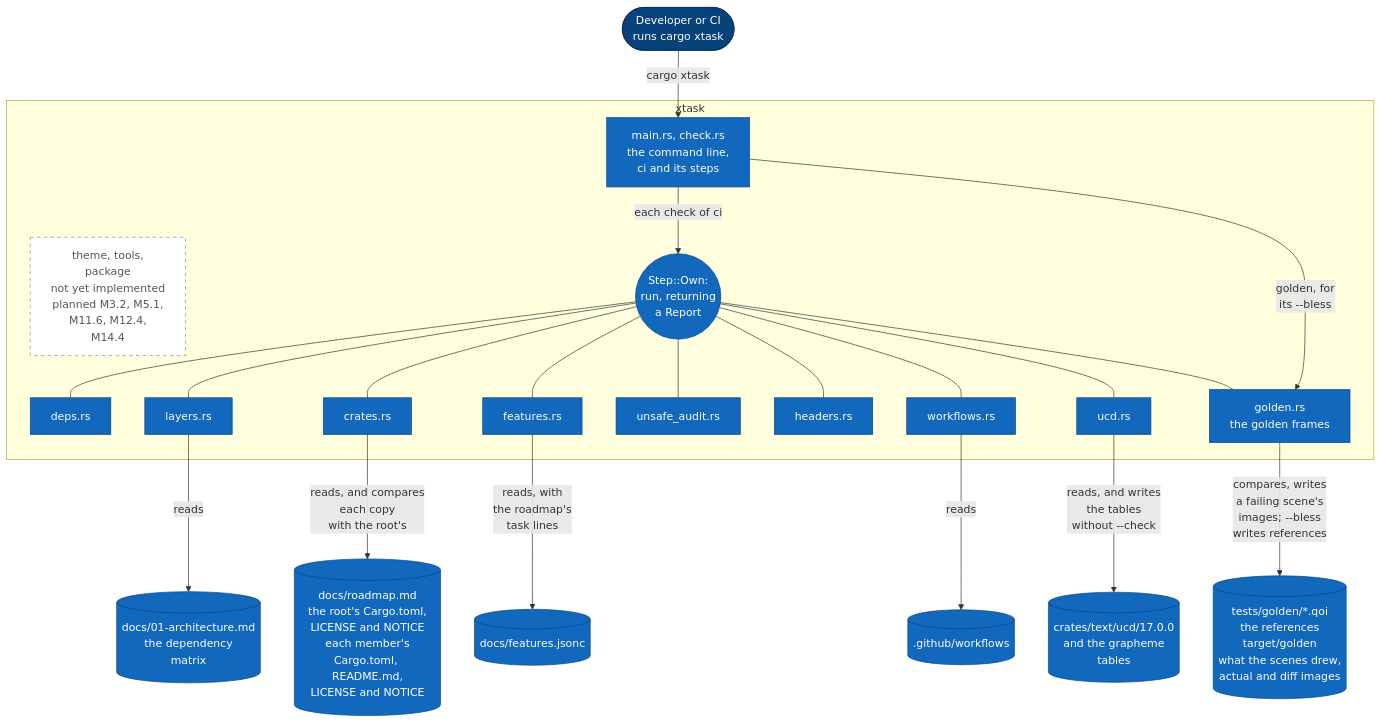
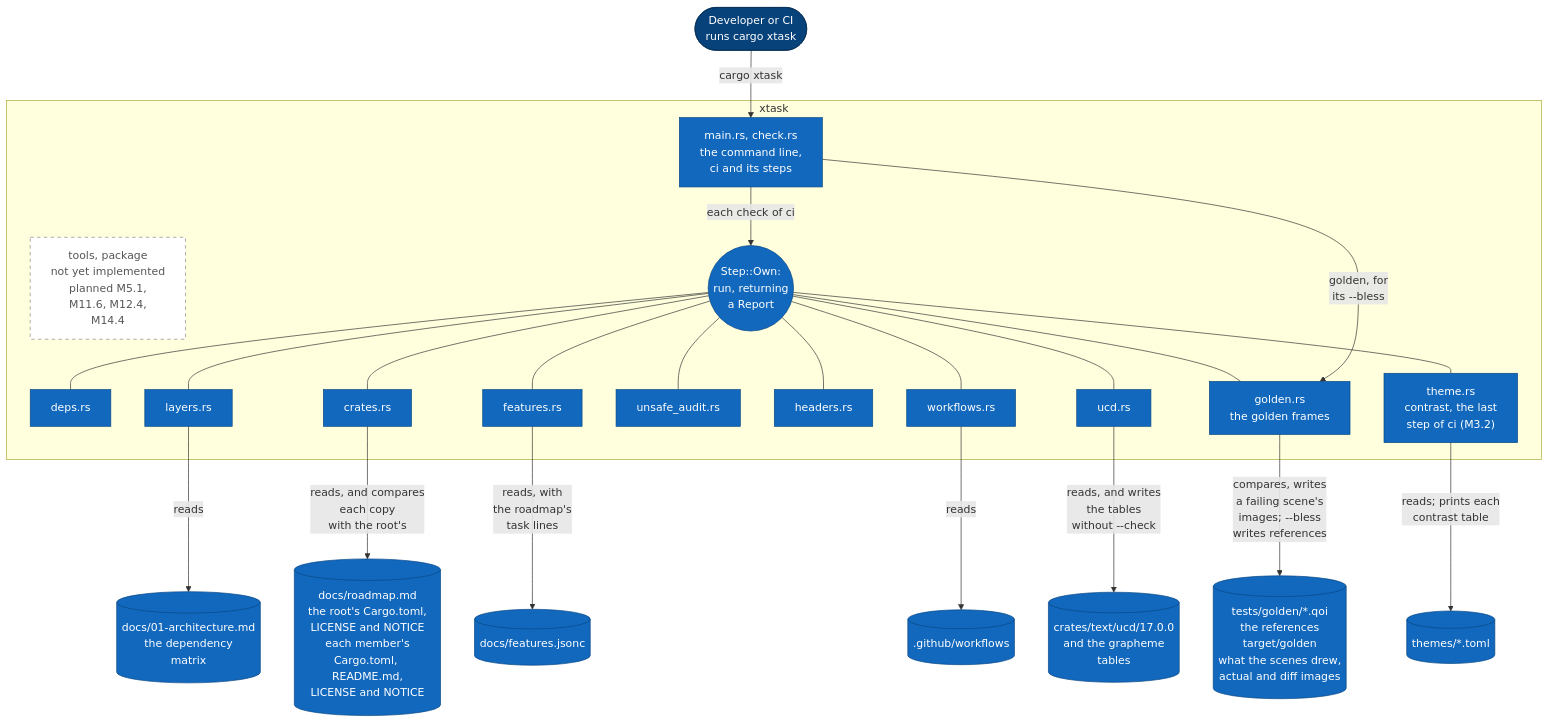
Before and after one commit to jabbott-iii/Tidepool: diagram 17 of 21 in diagrams/component-diagrams.md, drawn with Mermaid. The commit also changed other lines of this file and 50 other files, not shown here.

````diff
--- a/diagrams/component-diagrams.md
+++ b/diagrams/component-diagrams.md
@@ -973,57 +999,61 @@
 ```mermaid
 flowchart TB
     p_dev(["Developer or CI<br/>runs cargo xtask"])
 
     subgraph sg_xtask["xtask"]
         c_main["main.rs, check.rs<br/>the command line,<br/>ci and its steps"]
-        c_later["theme, tools,<br/>package<br/>not yet implemented<br/>planned M3.2, M5.1,<br/>M11.6, M12.4,<br/>M14.4"]
+        c_later["tools, package<br/>not yet implemented<br/>planned M5.1,<br/>M11.6, M12.4,<br/>M14.4"]
         i_step(("Step::Own:<br/>run, returning<br/>a Report"))
         c_deps["deps.rs"]
         c_layers["layers.rs"]
         c_crates["crates.rs"]
         c_features["features.rs"]
         c_unsafe["unsafe_audit.rs"]
         c_headers["headers.rs"]
         c_workflows["workflows.rs"]
         c_ucd["ucd.rs"]
         c_golden["golden.rs<br/>the golden frames"]
+        c_theme["theme.rs<br/>contrast, the last<br/>step of ci (M3.2)"]
     end
     %% An invisible link: it only keeps the planned commands beside the step circle.
     c_main ~~~ c_later
 
     f_matrix[("docs/01-architecture.md<br/>the dependency<br/>matrix")]
     f_readmes[("docs/roadmap.md<br/>the root's Cargo.toml,<br/>LICENSE and NOTICE<br/>each member's<br/>Cargo.toml, README.md,<br/>LICENSE and NOTICE")]
     f_ucd[("crates/text/ucd/17.0.0<br/>and the grapheme<br/>tables")]
     f_workflows[(".github/workflows")]
     f_features[("docs/features.jsonc")]
     f_golden[("tests/golden/*.qoi<br/>the references<br/>target/golden<br/>what the scenes drew,<br/>actual and diff images")]
+    f_themes[("themes/*.toml")]
 
     p_dev -->|"cargo xtask"| c_main
     c_main -->|"each check of ci"| i_step
     i_step --- c_deps
     i_step --- c_layers
     i_step --- c_crates
     i_step --- c_features
     i_step --- c_unsafe
     i_step --- c_headers
     i_step --- c_workflows
     i_step --- c_ucd
     i_step --- c_golden
+    i_step --- c_theme
     c_main -->|"golden, for<br/>its --bless"| c_golden
 
     c_layers -->|"reads"| f_matrix
     c_crates -->|"reads, and compares<br/>each copy<br/>with the root's"| f_readmes
     c_ucd -->|"reads, and writes<br/>the tables<br/>without --check"| f_ucd
     c_workflows -->|"reads"| f_workflows
     c_features -->|"reads, with<br/>the roadmap's<br/>task lines"| f_features
     c_golden -->|"compares, writes<br/>a failing scene's<br/>images; --bless<br/>writes references"| f_golden
+    c_theme -->|"reads; prints each<br/>contrast table"| f_themes
 
     classDef person fill:#08427b,stroke:#052e56,color:#ffffff
     classDef built fill:#1168bd,stroke:#0b4884,color:#ffffff
     classDef planned fill:#ffffff,stroke:#888888,stroke-dasharray: 5 5,color:#555555
     classDef store fill:#1168bd,stroke:#0b4884,color:#ffffff
     class p_dev person
-    class c_main,i_step,c_deps,c_layers,c_crates,c_features,c_unsafe,c_headers,c_workflows,c_ucd,c_golden built
+    class c_main,i_step,c_deps,c_layers,c_crates,c_features,c_unsafe,c_headers,c_workflows,c_ucd,c_golden,c_theme built
     class c_later planned
-    class f_matrix,f_readmes,f_ucd,f_workflows,f_features,f_golden store
+    class f_matrix,f_readmes,f_ucd,f_workflows,f_features,f_golden,f_themes store
 ```
````
